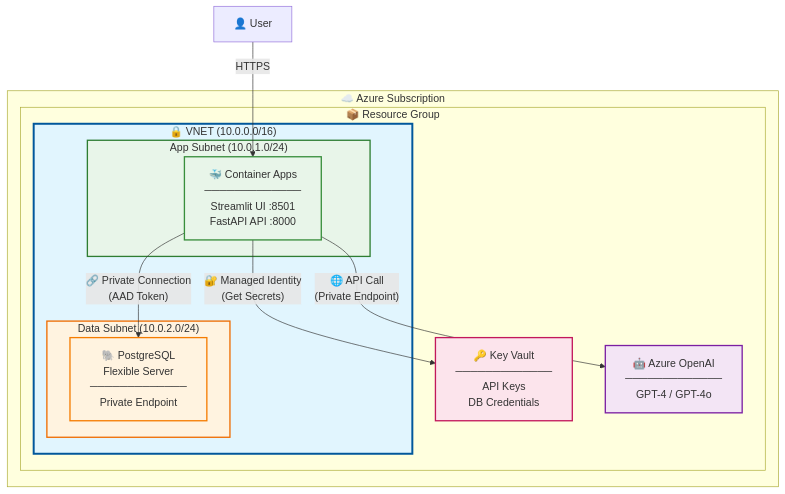
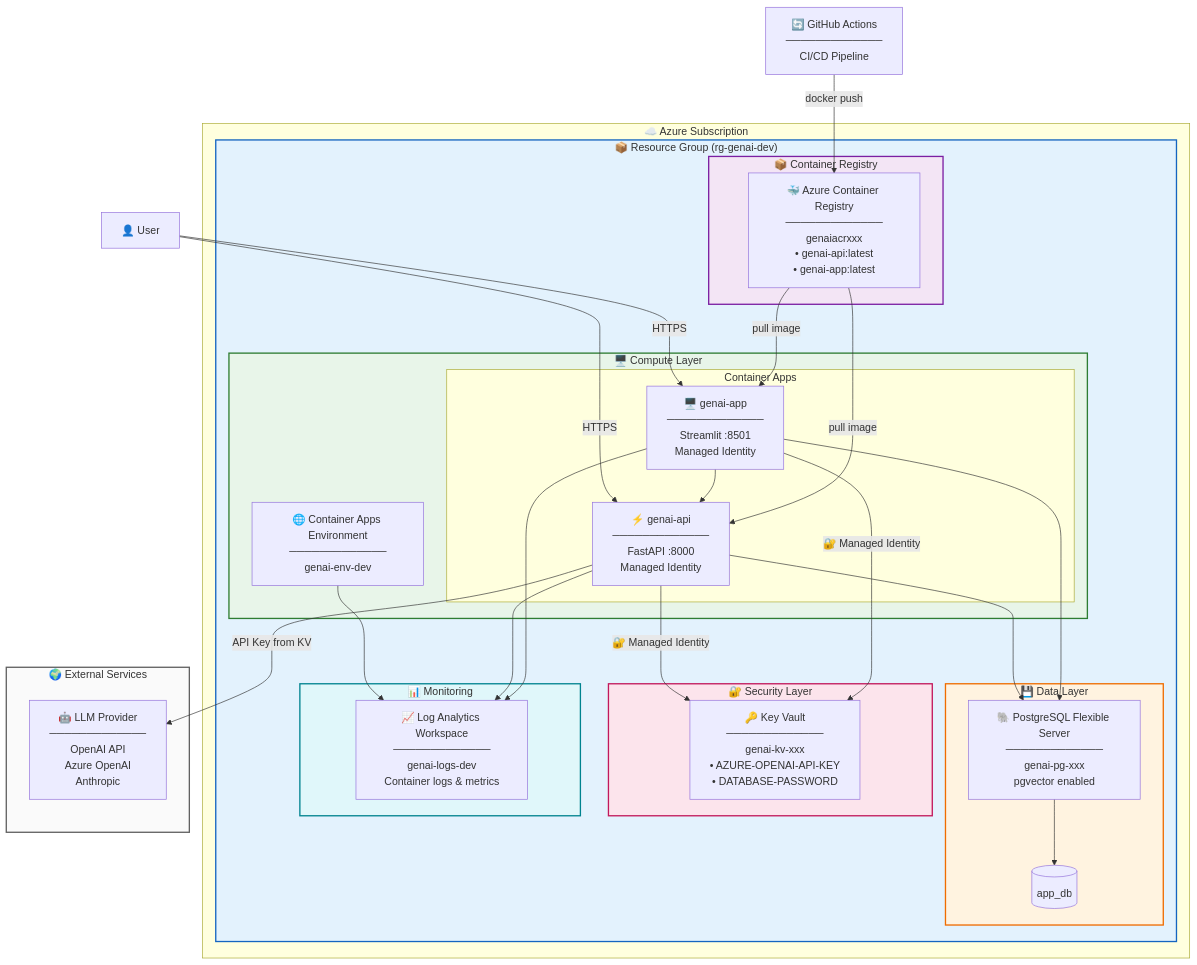
The first of 3 diagrams in README.md (vlzm/genai-accelerator), drawn with Mermaid before and after one commit. The commit also changed other lines of this file and 3 other files, not shown here.

````diff
--- a/README.md
+++ b/README.md
@@ -20,32 +20,69 @@
 ```mermaid
 flowchart TB
     subgraph Azure["☁️ Azure Subscription"]
-        subgraph RG["📦 Resource Group"]
-            subgraph VNET["🔒 VNET (10.0.0.0/16)"]
-                subgraph AppSubnet["App Subnet (10.0.1.0/24)"]
-                    CA["🐳 Container Apps<br/>─────────────<br/>Streamlit UI :8501<br/>FastAPI API :8000"]
-                end
-                subgraph DataSubnet["Data Subnet (10.0.2.0/24)"]
-                    PG["🐘 PostgreSQL<br/>Flexible Server<br/>─────────────<br/>Private Endpoint"]
+        subgraph RG["📦 Resource Group (rg-genai-dev)"]
+            
+            subgraph Compute["🖥️ Compute Layer"]
+                CAE["🌐 Container Apps Environment<br/>─────────────<br/>genai-env-dev"]
+                
+                subgraph Apps["Container Apps"]
+                    API["⚡ genai-api<br/>─────────────<br/>FastAPI :8000<br/>Managed Identity"]
+                    UI["🖥️ genai-app<br/>─────────────<br/>Streamlit :8501<br/>Managed Identity"]
                 end
             end
-            KV["🔑 Key Vault<br/>─────────────<br/>API Keys<br/>DB Credentials"]
-            AOAI["🤖 Azure OpenAI<br/>─────────────<br/>GPT-4 / GPT-4o"]
+            
+            subgraph Data["💾 Data Layer"]
+                PG["🐘 PostgreSQL Flexible Server<br/>─────────────<br/>genai-pg-xxx<br/>pgvector enabled"]
+                DB[(app_db)]
+            end
+            
+            subgraph Security["🔐 Security Layer"]
+                KV["🔑 Key Vault<br/>─────────────<br/>genai-kv-xxx<br/>• AZURE-OPENAI-API-KEY<br/>• DATABASE-PASSWORD"]
+            end
+            
+            subgraph Registry["📦 Container Registry"]
+                ACR["🐳 Azure Container Registry<br/>─────────────<br/>genaiacrxxx<br/>• genai-api:latest<br/>• genai-app:latest"]
+            end
+            
+            subgraph Monitoring["📊 Monitoring"]
+                LA["📈 Log Analytics Workspace<br/>─────────────<br/>genai-logs-dev<br/>Container logs & metrics"]
+            end
         end
     end
+    
+    subgraph External["🌍 External Services"]
+        LLM["🤖 LLM Provider<br/>─────────────<br/>OpenAI API<br/>Azure OpenAI<br/>Anthropic"]
+    end
+    
+    User["👤 User"]
+    CICD["🔄 GitHub Actions<br/>─────────────<br/>CI/CD Pipeline"]
 
-    User["👤 User"]
+    User -->|HTTPS| UI
+    User -->|HTTPS| API
+    UI --> API
+    
+    API -->|"🔐 Managed Identity"| KV
+    UI -->|"🔐 Managed Identity"| KV
+    
+    API --> PG
+    UI --> PG
+    PG --> DB
+    
+    API -->|"API Key from KV"| LLM
+    
+    CAE --> LA
+    API --> LA
+    UI --> LA
+    
+    CICD -->|"docker push"| ACR
+    ACR -->|"pull image"| API
+    ACR -->|"pull image"| UI
 
-    User -->|HTTPS| CA
-    CA -->|"🔐 Managed Identity<br/>(Get Secrets)"| KV
-    CA -->|"🔗 Private Connection<br/>(AAD Token)"| PG
-    CA -->|"🌐 API Call<br/>(Private Endpoint)"| AOAI
-
-    style VNET fill:#e1f5fe,stroke:#01579b,stroke-width:3px
-    style AppSubnet fill:#e8f5e9,stroke:#2e7d32,stroke-width:2px
-    style DataSubnet fill:#fff3e0,stroke:#ef6c00,stroke-width:2px
-    style KV fill:#fce4ec,stroke:#c2185b,stroke-width:2px
-    style AOAI fill:#f3e5f5,stroke:#7b1fa2,stroke-width:2px
-    style CA fill:#e8f5e9,stroke:#388e3c,stroke-width:2px
-    style PG fill:#fff3e0,stroke:#f57c00,stroke-width:2px
+    style RG fill:#e3f2fd,stroke:#1565c0,stroke-width:2px
+    style Compute fill:#e8f5e9,stroke:#2e7d32,stroke-width:2px
+    style Data fill:#fff3e0,stroke:#ef6c00,stroke-width:2px
+    style Security fill:#fce4ec,stroke:#c2185b,stroke-width:2px
+    style Registry fill:#f3e5f5,stroke:#7b1fa2,stroke-width:2px
+    style Monitoring fill:#e0f7fa,stroke:#00838f,stroke-width:2px
+    style External fill:#fafafa,stroke:#616161,stroke-width:2px
 ```
````
